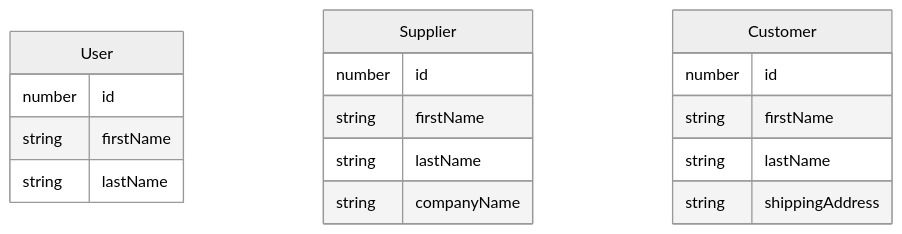
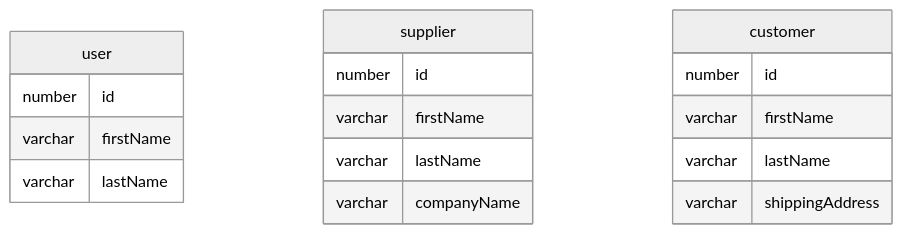
One commit to iacobucci/tesi-triennale changed the fourth of 8 diagrams in 2-2-typeorm.md. Above: the diagram before and after it, drawn with Mermaid. The commit also changed other lines of this file and 1 other file, not shown here.

````diff
--- a/2-2-typeorm.md
+++ b/2-2-typeorm.md
@@ -376,23 +376,23 @@
 ```mermaid {height=3cm}
 %%{init: {'theme': 'neutral', 'mirrorActors': false} }%%
 erDiagram
-	User {
+	user {
 		number id
-		string firstName
-		string lastName
+		varchar firstName
+		varchar lastName
 	}
 
-	Supplier {
+	supplier {
 		number id
-		string firstName
-		string lastName
-		string companyName
+		varchar firstName
+		varchar lastName
+		varchar companyName
 	}
 
-	Customer {
+	customer {
 		number id
-		string firstName
-		string lastName
-		string shippingAddress
+		varchar firstName
+		varchar lastName
+		varchar shippingAddress
 	}
 ```
````
